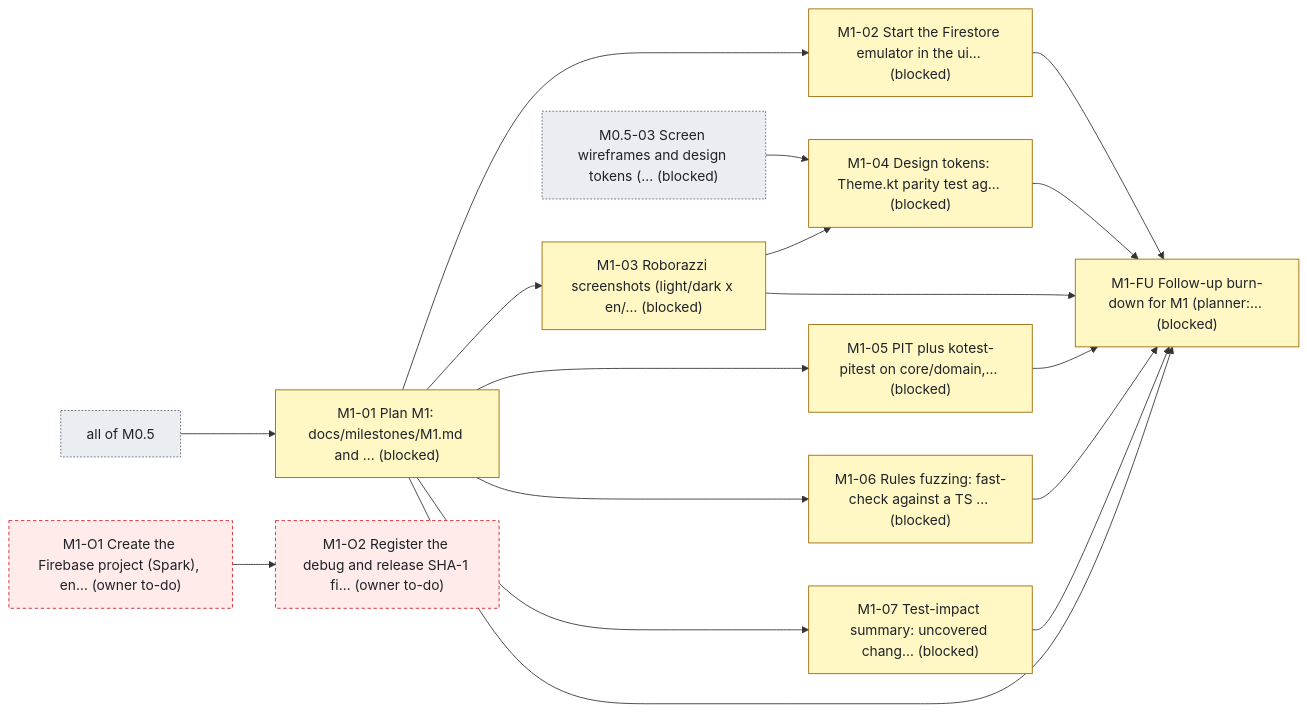
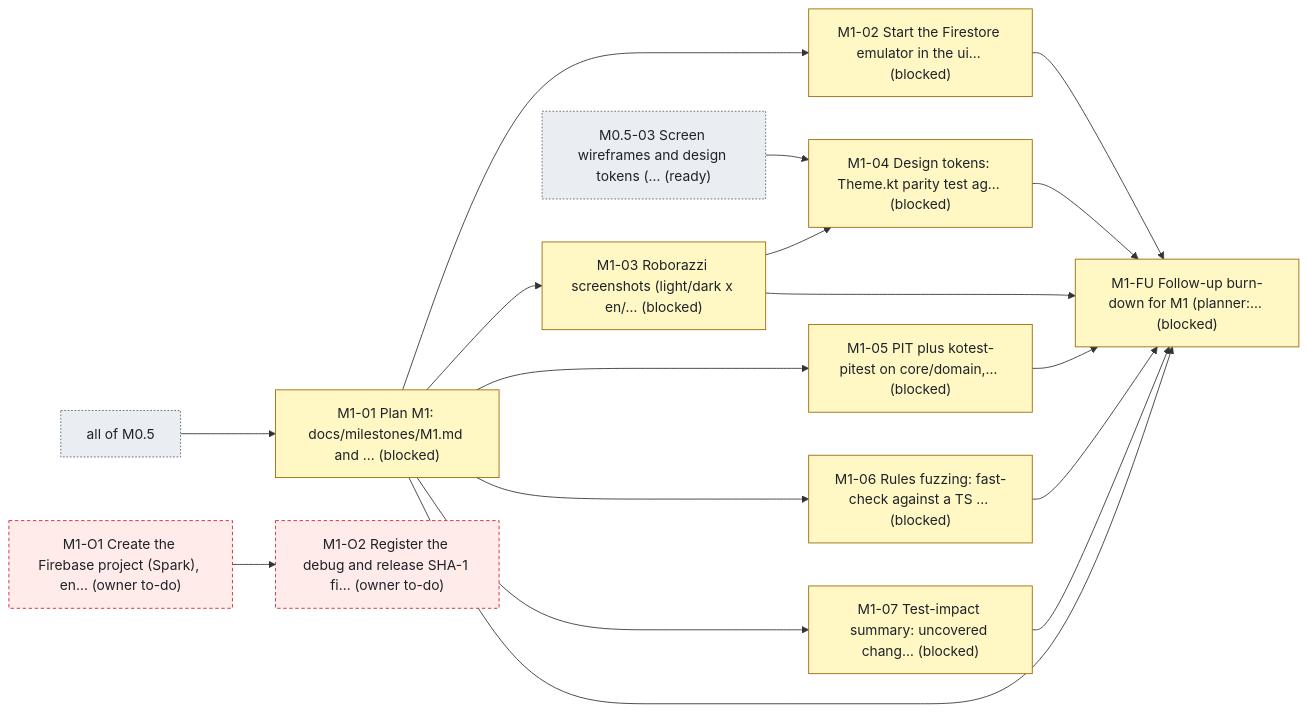
Before and after one commit to bondo/listicles2: the second of 2 diagrams in status.md, drawn with Mermaid. The commit also changed other lines of this file and 2 other files, not shown here.

````diff
--- a/status.md
+++ b/status.md
@@ -161,36 +156,36 @@
 ```mermaid
 flowchart LR
     n0["M1-01 Plan M1: docs/milestones/M1.md and … (blocked)"]:::blocked
     n1["M1-02 Start the Firestore emulator in the ui… (blocked)"]:::blocked
     n2["M1-03 Roborazzi screenshots (light/dark x en/… (blocked)"]:::blocked
     n3["M1-04 Design tokens: Theme.kt parity test ag… (blocked)"]:::blocked
     n4["M1-05 PIT plus kotest-pitest on core/domain,… (blocked)"]:::blocked
     n5["M1-06 Rules fuzzing: fast-check against a TS … (blocked)"]:::blocked
     n6["M1-07 Test-impact summary: uncovered chang… (blocked)"]:::blocked
     n7["M1-FU Follow-up burn-down for M1 (planner:… (blocked)"]:::blocked
     n8["M1-O1 Create the Firebase project (Spark), en… (owner to-do)"]:::owner
     n9["M1-O2 Register the debug and release SHA-1 fi… (owner to-do)"]:::owner
     n10["all of M0.5"]:::ext
-    n11["M0.5-03 Screen wireframes and design tokens (… (blocked)"]:::ext
+    n11["M0.5-03 Screen wireframes and design tokens (… (ready)"]:::ext
     n10 --> n0
     n0 --> n1
     n0 --> n2
     n11 --> n3
     n2 --> n3
     n0 --> n4
     n0 --> n5
     n0 --> n6
     n0 --> n7
     n1 --> n7
     n2 --> n7
     n3 --> n7
     n4 --> n7
     n5 --> n7
     n6 --> n7
     n8 --> n9
     classDef ready fill:#dafbe1,stroke:#1a7f37,color:#1f2328
     classDef progress fill:#ddf4ff,stroke:#0969da,color:#1f2328
     classDef blocked fill:#fff8c5,stroke:#9a6700,color:#1f2328
     classDef owner fill:#ffebe9,stroke:#cf222e,color:#1f2328,stroke-dasharray:4 3
     classDef ext fill:#eaeef2,stroke:#59636e,color:#1f2328,stroke-dasharray:2 2
 ```
````
